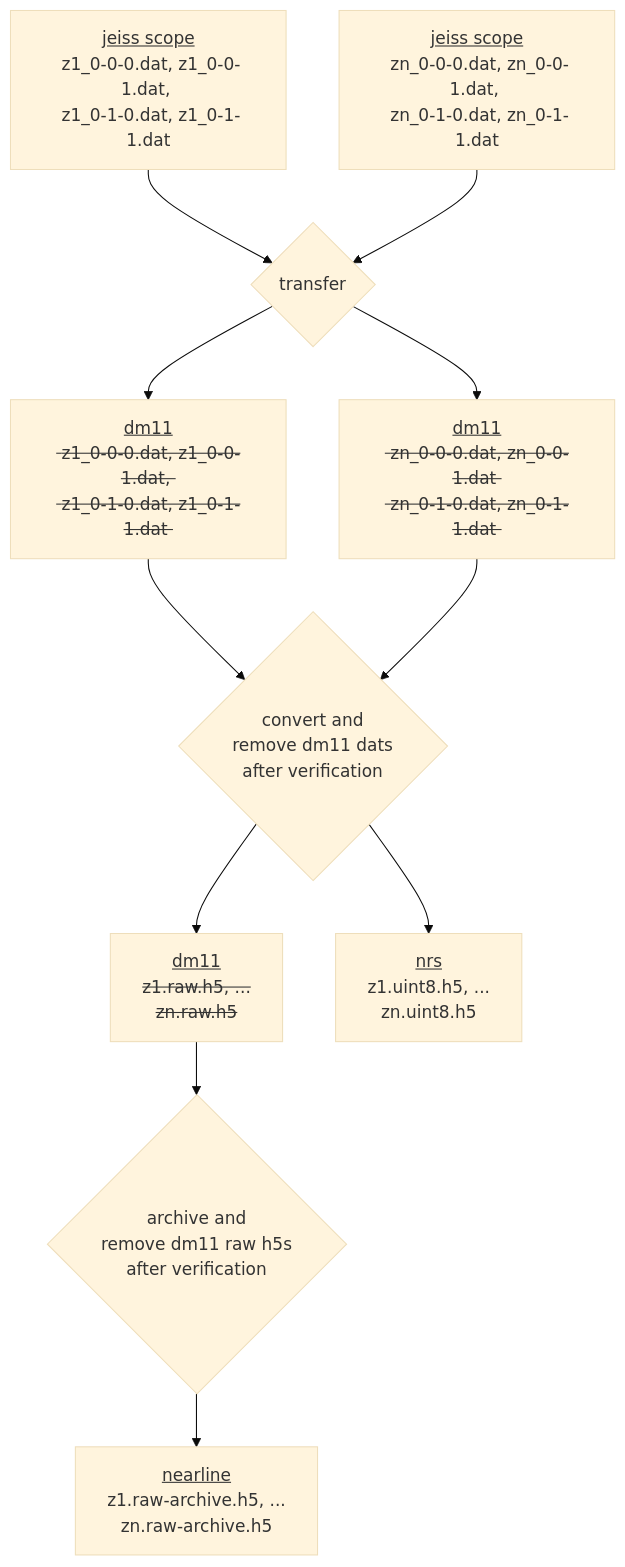
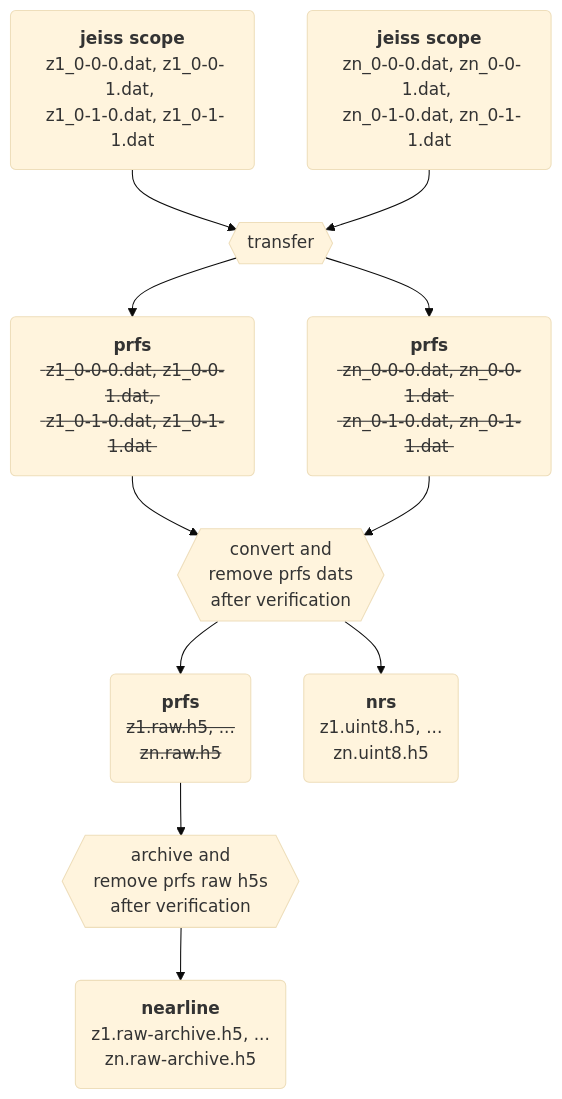
One commit to JaneliaSciComp/EM_recon_pipeline changed the diagram in doc/cellmap/fibsem-transfer-flow.md. Above: the diagram before and after it, drawn with Mermaid (base theme).

Commit message:
Update and improve transfer flow diagram

````diff
--- a/doc/cellmap/fibsem-transfer-flow.md
+++ b/doc/cellmap/fibsem-transfer-flow.md
@@ -1,13 +1,13 @@
 ```mermaid
 graph TD
-    SCOPE_DAT_A[<u>jeiss scope</u><br> z1_0-0-0.dat, z1_0-0-1.dat, <br> z1_0-1-0.dat, z1_0-1-1.dat] --> TRANSFER_DAT
-    SCOPE_DAT_B[<u>jeiss scope</u><br> zn_0-0-0.dat, zn_0-0-1.dat, <br> zn_0-1-0.dat, zn_0-1-1.dat] --> TRANSFER_DAT
-    TRANSFER_DAT{transfer} --> DM11_DAT_A & DM11_DAT_B
-    DM11_DAT_A[<u>dm11</u><br><s> z1_0-0-0.dat, z1_0-0-1.dat, <br> z1_0-1-0.dat, z1_0-1-1.dat </s>] --> DAT_TO_H5
-    DM11_DAT_B[<u>dm11</u><br><s> zn_0-0-0.dat, zn_0-0-1.dat <br> zn_0-1-0.dat, zn_0-1-1.dat </s>] --> DAT_TO_H5
-    DAT_TO_H5{convert and <br> remove dm11 dats <br> after verification} --> DM11_RAW_H5 & NRS_ALIGN_H5
-    DM11_RAW_H5[<u>dm11</u><br><s> z1.raw.h5, ...<br> zn.raw.h5 </s>] --> ARCHIVE_H5
-    NRS_ALIGN_H5[<u>nrs</u><br> z1.uint8.h5, ...<br> zn.uint8.h5]
-    ARCHIVE_H5{archive and <br> remove dm11 raw h5s <br> after verification} --> NEARLINE_RAW_H5
-    NEARLINE_RAW_H5[<u>nearline</u><br> z1.raw-archive.h5, ...<br> zn.raw-archive.h5]
+    SCOPE_DAT_A(<b>jeiss scope</b><br> z1_0-0-0.dat, z1_0-0-1.dat, <br> z1_0-1-0.dat, z1_0-1-1.dat) --> TRANSFER_DAT
+    SCOPE_DAT_B(<b>jeiss scope</b><br> zn_0-0-0.dat, zn_0-0-1.dat, <br> zn_0-1-0.dat, zn_0-1-1.dat) --> TRANSFER_DAT
+    TRANSFER_DAT{{transfer}} --> DM11_DAT_A & DM11_DAT_B
+    DM11_DAT_A(<b>prfs</b><br><s> z1_0-0-0.dat, z1_0-0-1.dat, <br> z1_0-1-0.dat, z1_0-1-1.dat </s>) --> DAT_TO_H5
+    DM11_DAT_B(<b>prfs</b><br><s> zn_0-0-0.dat, zn_0-0-1.dat <br> zn_0-1-0.dat, zn_0-1-1.dat </s>) --> DAT_TO_H5
+    DAT_TO_H5{{ convert and <br> remove prfs dats <br> after verification }} --> DM11_RAW_H5 & NRS_ALIGN_H5
+    DM11_RAW_H5(<b>prfs</b><br><s> z1.raw.h5, ...<br> zn.raw.h5 </s>) --> ARCHIVE_H5
+    NRS_ALIGN_H5(<b>nrs</b><br> z1.uint8.h5, ...<br> zn.uint8.h5)
+    ARCHIVE_H5{{archive and <br> remove prfs raw h5s <br> after verification}} --> NEARLINE_RAW_H5
+    NEARLINE_RAW_H5(<b>nearline</b><br> z1.raw-archive.h5, ...<br> zn.raw-archive.h5)
 ```
````
